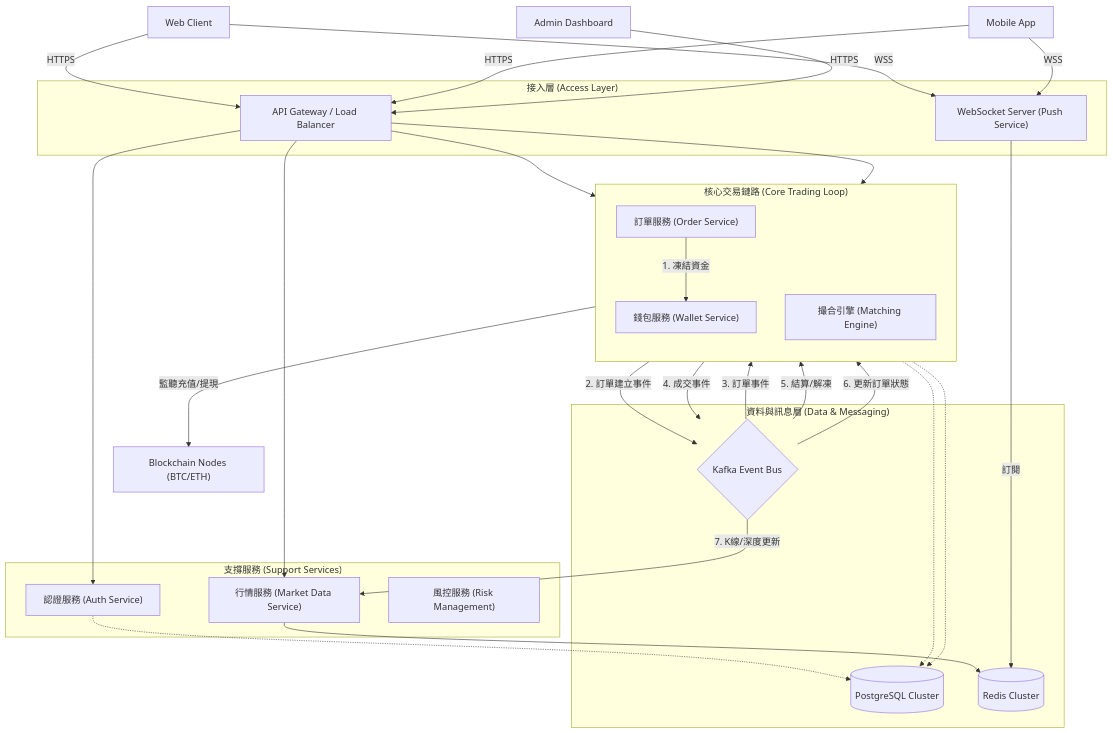
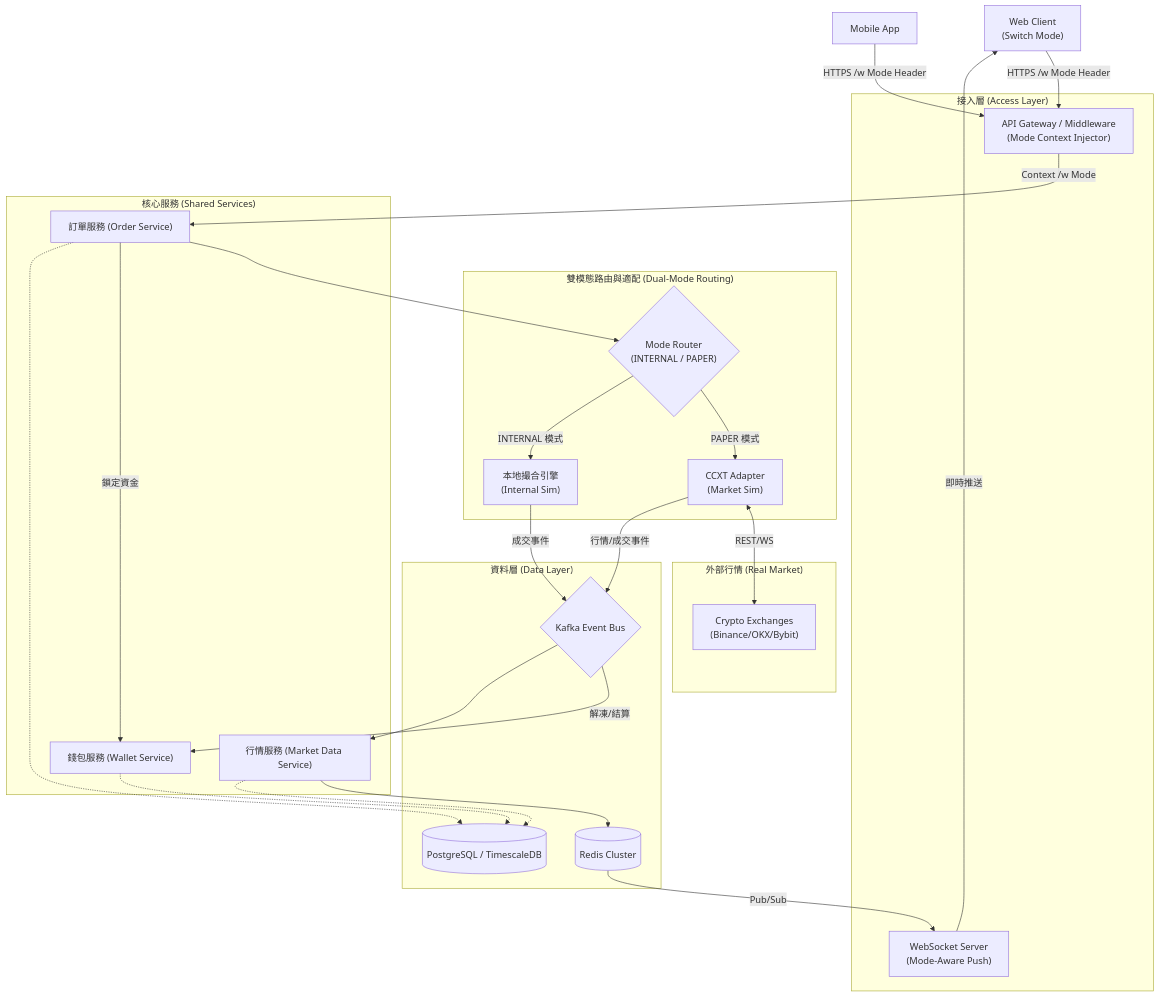
Before and after one commit to RayLiu1999/cyptocurrency-exchange-backend: the first of 4 diagrams in docs/architecture/SYSTEM_DESIGN.md, drawn with Mermaid. The commit also changed other lines of this file and 2 other files, not shown here.

Commit message:
docs: 完善剩餘架構文件以支持雙模態設計
- SYSTEM_DESIGN.md: 更新功能架構圖與模組說明，明確顯示內外軌並行
- PROJECT_PLAN.md: 新增「雙模態設計」作為核心面試亮點
- FUTURE_ROADMAP.md: 同步使用者手動調整的格式

````diff
--- a/docs/architecture/SYSTEM_DESIGN.md
+++ b/docs/architecture/SYSTEM_DESIGN.md
@@ -9,63 +9,59 @@
 ```mermaid
 graph TD
     %% 使用者與客戶端
-    ClientWeb["Web Client"]
+    ClientWeb["Web Client\n(Switch Mode)"]
     ClientApp["Mobile App"]
-    AdminClient["Admin Dashboard"]
-
-    %% 外部系統
-    Blockchain["Blockchain Nodes (BTC/ETH)"]
 
     subgraph "接入層 (Access Layer)"
-        Gateway["API Gateway / Load Balancer"]
-        WSS["WebSocket Server (Push Service)"]
+        Gateway["API Gateway / Middleware\n(Mode Context Injector)"]
+        WSS["WebSocket Server\n(Mode-Aware Push)"]
     end
 
-    subgraph "核心交易鏈路 (Core Trading Loop)"
-        direction TB
-        OrderSvc["訂單服務 (Order Service)"]
-        MatchEng["撮合引擎 (Matching Engine)"]
-        WalletSvc["錢包服務 (Wallet Service)"]
+    subgraph "雙模態路由與適配 (Dual-Mode Routing)"
+        Router{"Mode Router\n(INTERNAL / PAPER)"}
+        CCXT["CCXT Adapter\n(Market Sim)"]
+        MatchEng["本地撮合引擎\n(Internal Sim)"]
     end
 
-    subgraph "支撐服務 (Support Services)"
-        AuthSvc["認證服務 (Auth Service)"]
+    subgraph "核心服務 (Shared Services)"
+        OrderSvc["訂單服務 (Order Service)"]
+        WalletSvc["錢包服務 (Wallet Service)"]
         MktDataSvc["行情服務 (Market Data Service)"]
-        RiskSvc["風控服務 (Risk Management)"]
     end
 
-    subgraph "資料與訊息層 (Data & Messaging)"
+    subgraph "外部行情 (Real Market)"
+        Exchange["Crypto Exchanges\n(Binance/OKX/Bybit)"]
+    end
+
+    subgraph "資料層 (Data Layer)"
         Kafka{"Kafka Event Bus"}
-        DB[("PostgreSQL Cluster")]
+        DB[("PostgreSQL / TimescaleDB")]
         Redis[("Redis Cluster")]
     end
 
     %% 連線關係
-    ClientWeb & ClientApp -->|HTTPS| Gateway
-    ClientWeb & ClientApp -->|WSS| WSS
-    AdminClient -->|HTTPS| Gateway
+    ClientWeb & ClientApp -->|HTTPS /w Mode Header| Gateway
+    Gateway -->|Context /w Mode| OrderSvc
+    
+    %% 路由邏輯
+    OrderSvc --> Router
+    Router -->|PAPER 模式| CCXT
+    Router -->|INTERNAL 模式| MatchEng
+    
+    CCXT <-->|REST/WS| Exchange
+    MatchEng -->|成交事件| Kafka
+    CCXT -->|行情/成交事件| Kafka
 
-    Gateway --> AuthSvc
-    Gateway --> OrderSvc
-    Gateway --> WalletSvc
-    Gateway --> MktDataSvc
+    %% 錢包與資產
+    OrderSvc -->|鎖定資金| WalletSvc
+    Kafka -->|解凍/結算| WalletSvc
 
-    %% 交易流程
-    OrderSvc -->|1. 凍結資金| WalletSvc
-    OrderSvc -->|2. 訂單建立事件| Kafka
-    Kafka -->|3. 訂單事件| MatchEng
-    MatchEng -->|4. 成交事件| Kafka
-
-    %% 結算與行情
-    Kafka -->|5. 結算/解凍| WalletSvc
-    Kafka -->|6. 更新訂單狀態| OrderSvc
-    Kafka -->|7. K線/深度更新| MktDataSvc
-
-    %% 資料存取
+    %% 行情推送
+    Kafka --> MktDataSvc
     MktDataSvc --> Redis
-    WSS -->|訂閱| Redis
-    WalletSvc -->|監聽充值/提現| Blockchain
+    Redis -->|Pub/Sub| WSS
+    WSS -->|即時推送| ClientWeb
 
     %% 儲存依賴
-    OrderSvc & WalletSvc & AuthSvc -.-> DB
+    OrderSvc & WalletSvc & MktDataSvc -.-> DB
 ```
````
